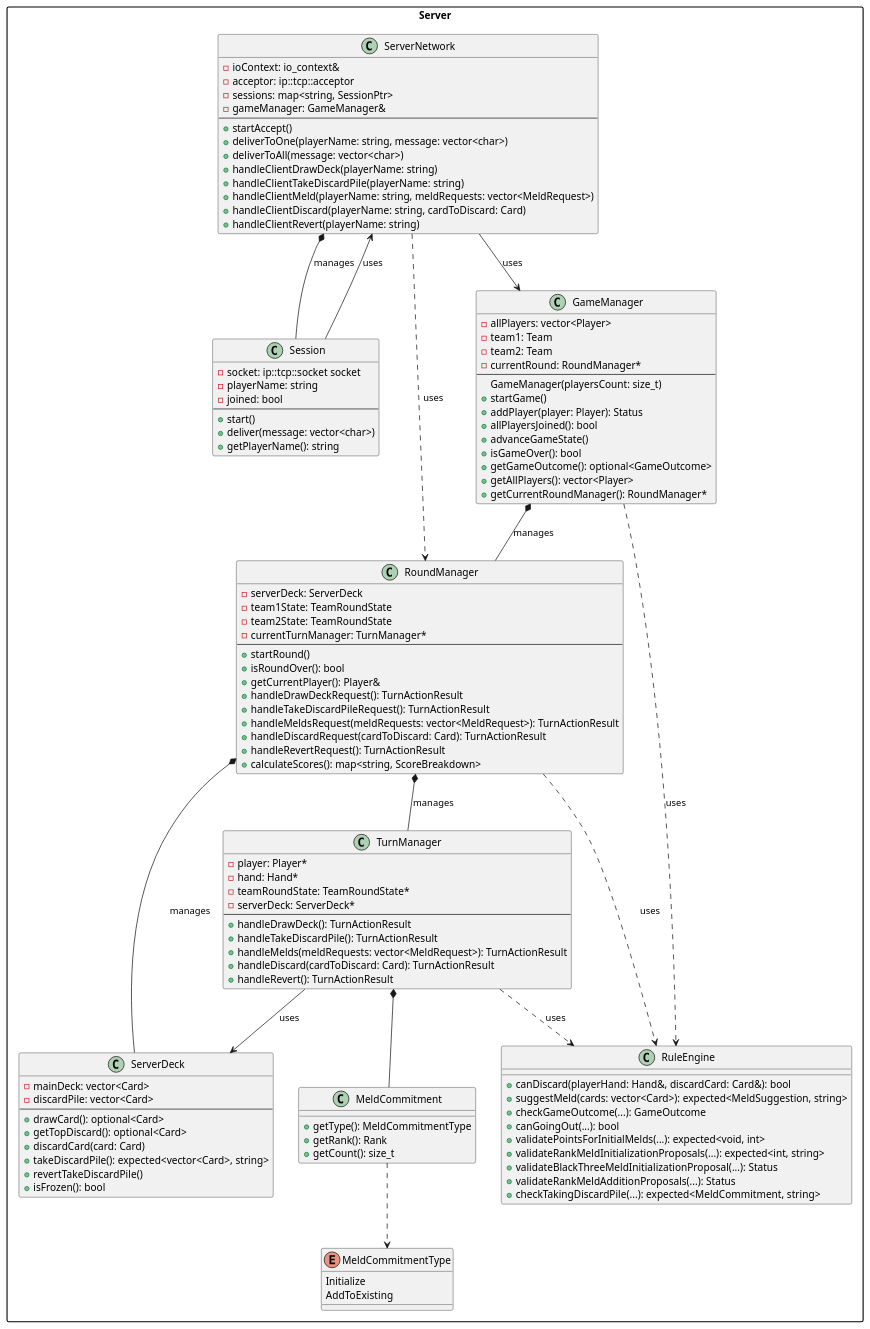
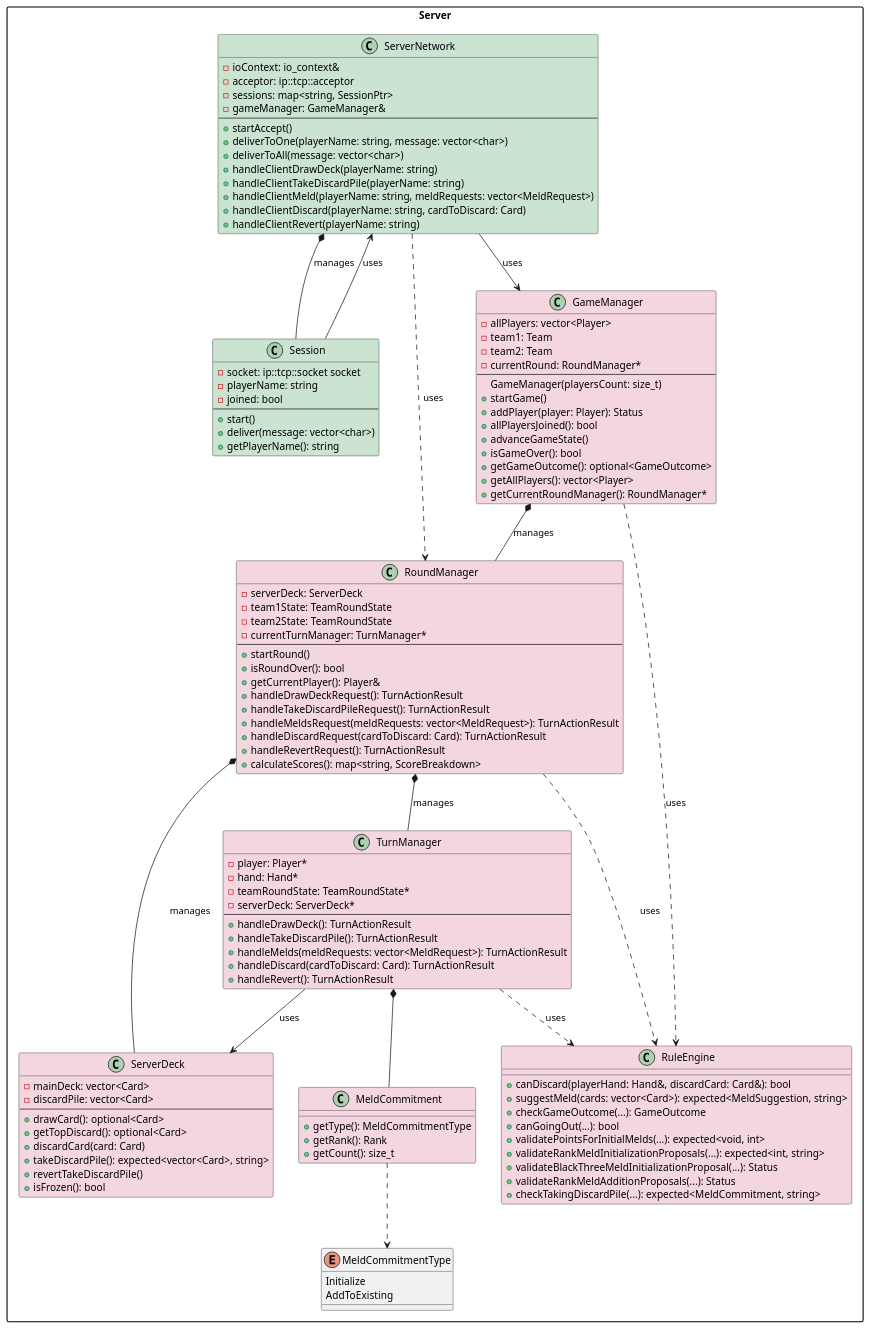
One commit to Bombonchik/Canasta changed the diagram in docs/diagrams/server.puml. Above: the diagram before and after it, drawn with PlantUML. The commit also changed 2 other files, not shown here.

```diff
--- a/docs/diagrams/server.puml
+++ b/docs/diagrams/server.puml
@@ -1,141 +1,141 @@
 @startuml ServerDiagram
 
 skinparam packageStyle rect
 
 package "Server" {
-    class ServerDeck {
+    class ServerDeck #F4D6E1 {
         - mainDeck: vector<Card>
         - discardPile: vector<Card>
         --
         + drawCard(): optional<Card>
         + getTopDiscard(): optional<Card>
         + discardCard(card: Card)
         + takeDiscardPile(): expected<vector<Card>, string>
         + revertTakeDiscardPile()
         + isFrozen(): bool
     }
 
-    class TurnManager {
+    class TurnManager #F4D6E1 {
         - player: Player*
         - hand: Hand*
         - teamRoundState: TeamRoundState*
         - serverDeck: ServerDeck*
         --
         + handleDrawDeck(): TurnActionResult
         + handleTakeDiscardPile(): TurnActionResult
         + handleMelds(meldRequests: vector<MeldRequest>): TurnActionResult
         + handleDiscard(cardToDiscard: Card): TurnActionResult
         + handleRevert(): TurnActionResult
     }
 
     ' ––– RuleEngine enum –––
     enum MeldCommitmentType {
         Initialize
         AddToExisting
     }
 
-    class MeldCommitment {
+    class MeldCommitment #F4D6E1 {
         + getType(): MeldCommitmentType
         + getRank(): Rank
         + getCount(): size_t
     }
 
-    class RuleEngine {
+    class RuleEngine #F4D6E1 {
         + canDiscard(playerHand: Hand&, discardCard: Card&): bool
         + suggestMeld(cards: vector<Card>): expected<MeldSuggestion, string>
         + checkGameOutcome(...): GameOutcome
         + canGoingOut(...): bool
         + validatePointsForInitialMelds(...): expected<void, int>
         + validateRankMeldInitializationProposals(...): expected<int, string>
         + validateBlackThreeMeldInitializationProposal(...): Status
         + validateRankMeldAdditionProposals(...): Status
         + checkTakingDiscardPile(...): expected<MeldCommitment, string>
     }
 
     TurnManager *-- MeldCommitment
 
     MeldCommitment ..> MeldCommitmentType
 
     TurnManager --> ServerDeck : uses
 
     TurnManager ..> RuleEngine : uses
 
-    class RoundManager {
+    class RoundManager #F4D6E1 {
         - serverDeck: ServerDeck
         - team1State: TeamRoundState
         - team2State: TeamRoundState
         - currentTurnManager: TurnManager*
         --
         + startRound()
         + isRoundOver(): bool
         + getCurrentPlayer(): Player&
         + handleDrawDeckRequest(): TurnActionResult
         + handleTakeDiscardPileRequest(): TurnActionResult
         + handleMeldsRequest(meldRequests: vector<MeldRequest>): TurnActionResult
         + handleDiscardRequest(cardToDiscard: Card): TurnActionResult
         + handleRevertRequest(): TurnActionResult
         + calculateScores(): map<string, ScoreBreakdown>
     }
 
     RoundManager *-- TurnManager : manages
 
     RoundManager *-- ServerDeck : manages
 
     RoundManager ..> RuleEngine : uses
 
-    class Session {
+    class Session #CBE3D1 {
         - socket: ip::tcp::socket socket
         - playerName: string
         - joined: bool
         --
         + start()
         + deliver(message: vector<char>)
         + getPlayerName(): string
     }
 
-    class GameManager {
+    class GameManager #F4D6E1 {
         - allPlayers: vector<Player>
         - team1: Team
         - team2: Team
         - currentRound: RoundManager*
         --
         GameManager(playersCount: size_t)
         +startGame()
         +addPlayer(player: Player): Status
         +allPlayersJoined(): bool
         +advanceGameState()
         +isGameOver(): bool
         +getGameOutcome(): optional<GameOutcome>
         +getAllPlayers(): vector<Player>
         +getCurrentRoundManager(): RoundManager*
     }
 
     GameManager *-- RoundManager : manages
 
     GameManager ..> RuleEngine : uses
 
-    class ServerNetwork {
+    class ServerNetwork #CBE3D1 {
         - ioContext: io_context&
         - acceptor: ip::tcp::acceptor
         - sessions: map<string, SessionPtr>
         - gameManager: GameManager&
         --
         + startAccept()
         + deliverToOne(playerName: string, message: vector<char>)
         + deliverToAll(message: vector<char>)
         + handleClientDrawDeck(playerName: string)
         + handleClientTakeDiscardPile(playerName: string)
         + handleClientMeld(playerName: string, meldRequests: vector<MeldRequest>)
         + handleClientDiscard(playerName: string, cardToDiscard: Card)
         + handleClientRevert(playerName: string)
     }
 
     ServerNetwork *-- Session : manages
 
     Session --> ServerNetwork : uses
 
     ServerNetwork --> GameManager : uses
 
     ServerNetwork ..> RoundManager : uses
 }
 @enduml
```
